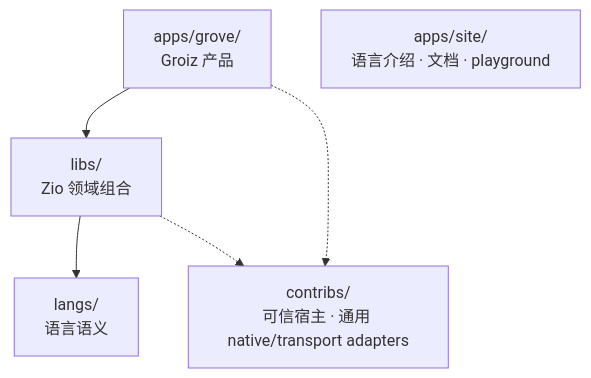
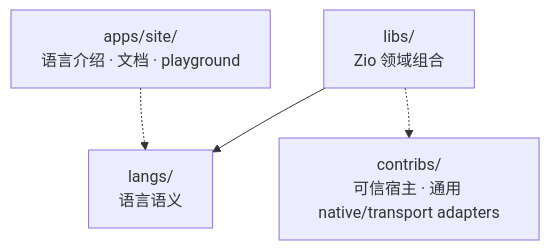
One commit to lszio/zio changed the diagram in docs/zio-architecture.md. Above: the diagram before and after it, drawn with Mermaid. The commit also changed other lines of this file and 83 other files, not shown here.

First line of the commit message:
chore: remove the grove/groiz application from this repository

````diff
--- a/docs/zio-architecture.md
+++ b/docs/zio-architecture.md
@@ -29,11 +28,10 @@
 ```mermaid
 flowchart TD
-    grove["apps/grove/<br/>Groiz 产品"]
     libs["libs/<br/>Zio 领域组合"]
     langs["langs/<br/>语言语义"]
     contribs["contribs/<br/>可信宿主 · 通用 native/transport adapters"]
     site["apps/site/<br/>语言介绍 · 文档 · playground"]
-    grove --> libs --> langs
-    grove -.-> contribs
+    libs --> langs
     libs -.-> contribs
+    site -.-> langs
 ```
````
